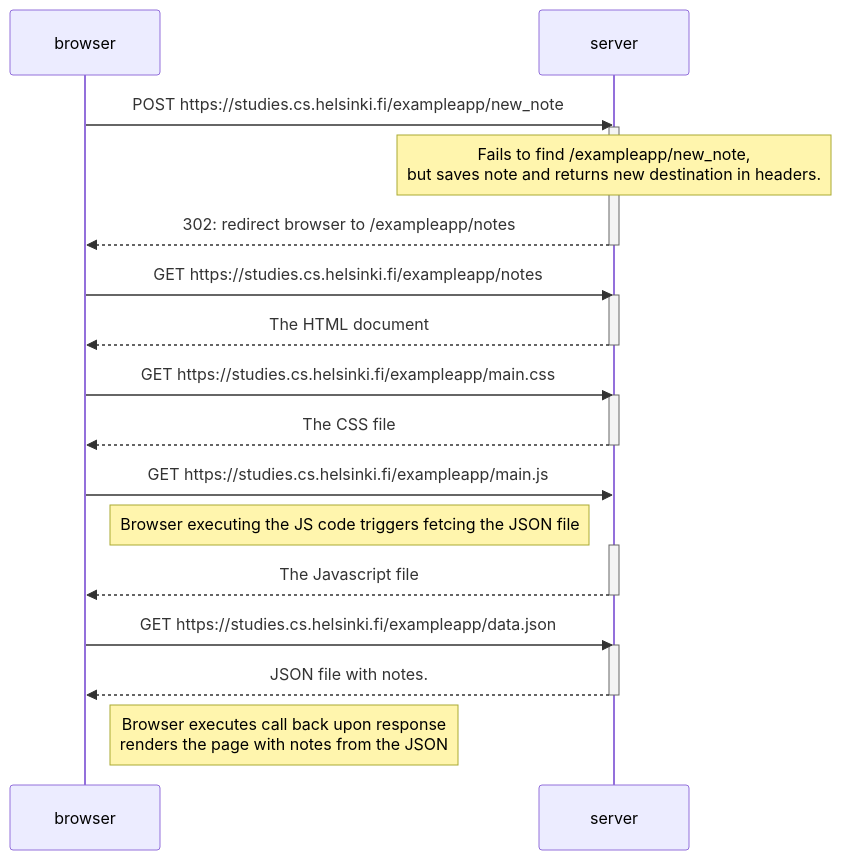
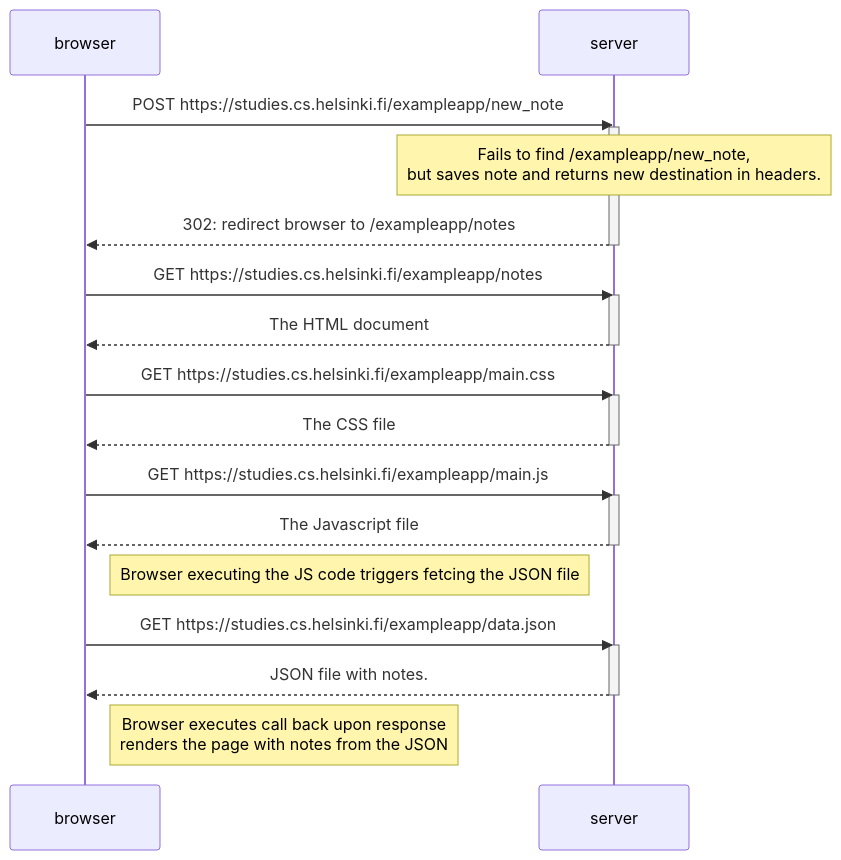
One commit to htammia/fullstackcourse changed the first of 2 diagrams in osa0/README.md. Above: the diagram before and after it, drawn with Mermaid. The commit also changed other lines of this file, not shown here.

````diff
--- a/osa0/README.md
+++ b/osa0/README.md
@@ -1,34 +2,34 @@
 ```mermaid
 sequenceDiagram
     participant browser
     participant server
 
     browser->>server: POST https://studies.cs.helsinki.fi/exampleapp/new_note
     activate server
     Note over server: Fails to find /exampleapp/new_note, <br> but saves note and returns new destination in headers.
     server-->>browser: 302: redirect browser to /exampleapp/notes
     deactivate server
 
     browser->>server: GET https://studies.cs.helsinki.fi/exampleapp/notes
     activate server
     server-->>browser: The HTML document
     deactivate server
 
     browser->>server: GET https://studies.cs.helsinki.fi/exampleapp/main.css
     activate server
     server-->>browser: The CSS file
     deactivate server
 
     browser->>server: GET https://studies.cs.helsinki.fi/exampleapp/main.js
-    Note right of browser: Browser executing the JS code triggers fetcing the JSON file
     activate server
     server-->>browser: The Javascript file
     deactivate server
+    Note right of browser: Browser executing the JS code triggers fetcing the JSON file
 
     browser->>server: GET https://studies.cs.helsinki.fi/exampleapp/data.json
     activate server
     server-->>browser: JSON file with notes.
     deactivate server
     Note right of browser: Browser executes call back upon response <br> renders the page with notes from the JSON
 
 ```
````
